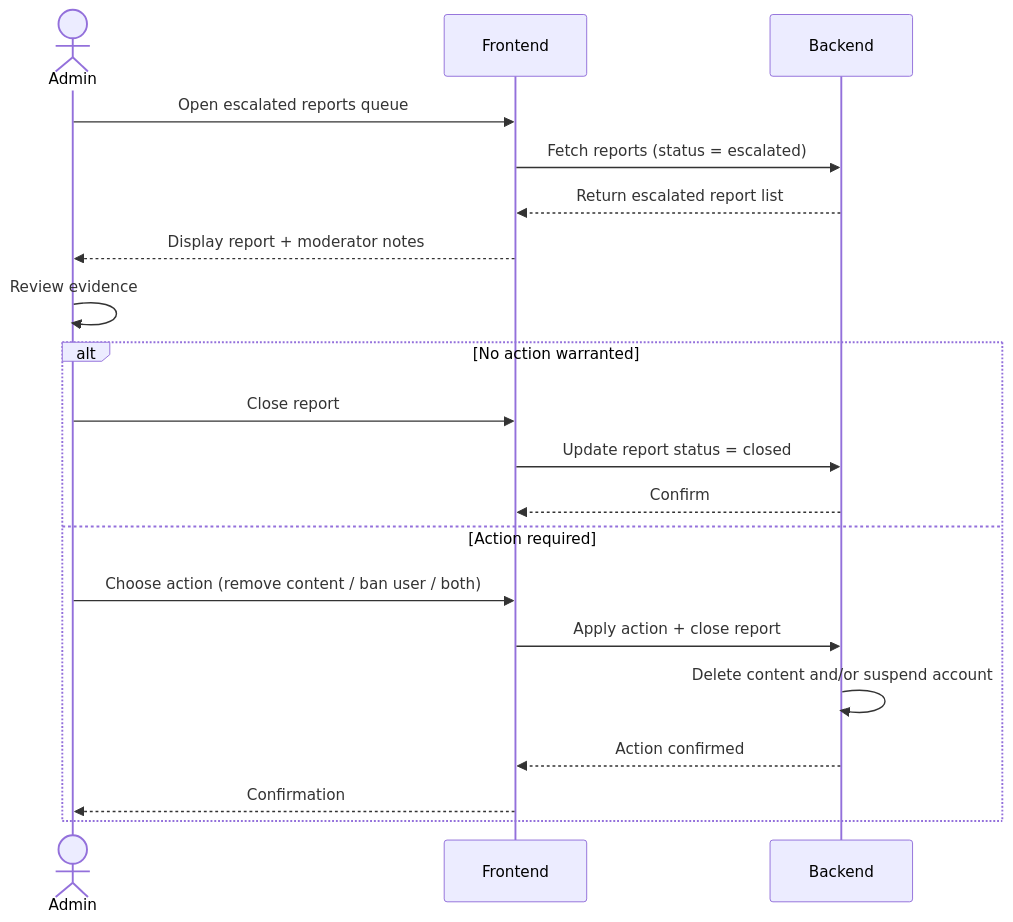
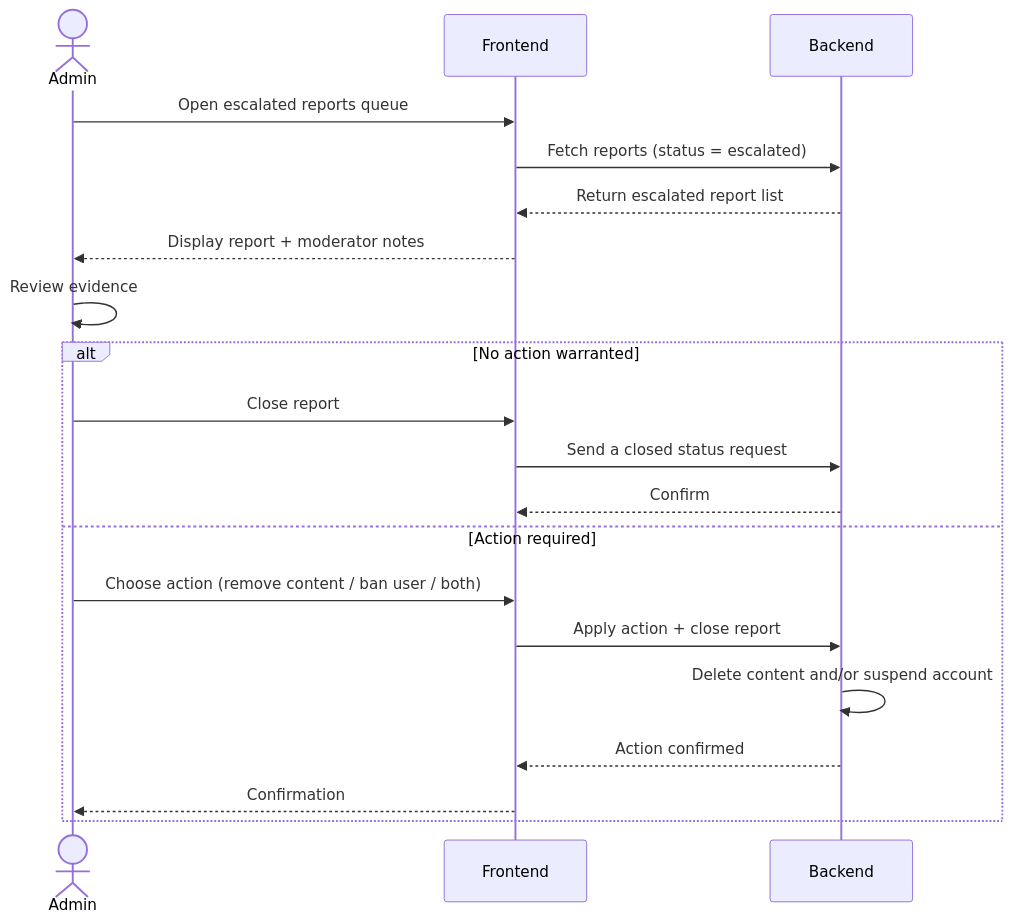
One commit to anvn12/FOZ changed the fifth of 5 diagrams in docs/2B. Vision Document.md. Above: the diagram before and after it, drawn with Mermaid. The commit also changed other lines of this file and 1 other file, not shown here.

````diff
--- a/docs/2B. Vision Document.md
+++ b/docs/2B. Vision Document.md
@@ -231,23 +231,23 @@
 ```mermaid
 sequenceDiagram
     actor Admin
     participant Frontend
     participant Backend
 
     Admin->>Frontend: Open escalated reports queue
     Frontend->>Backend: Fetch reports (status = escalated)
     Backend-->>Frontend: Return escalated report list
     Frontend-->>Admin: Display report + moderator notes
     Admin->>Admin: Review evidence
     alt No action warranted
         Admin->>Frontend: Close report
-        Frontend->>Backend: Update report status = closed
+        Frontend->>Backend: Send a closed status request
         Backend-->>Frontend: Confirm
     else Action required
         Admin->>Frontend: Choose action (remove content / ban user / both)
         Frontend->>Backend: Apply action + close report
         Backend->>Backend: Delete content and/or suspend account
         Backend-->>Frontend: Action confirmed
         Frontend-->>Admin: Confirmation
     end
 ```
````
